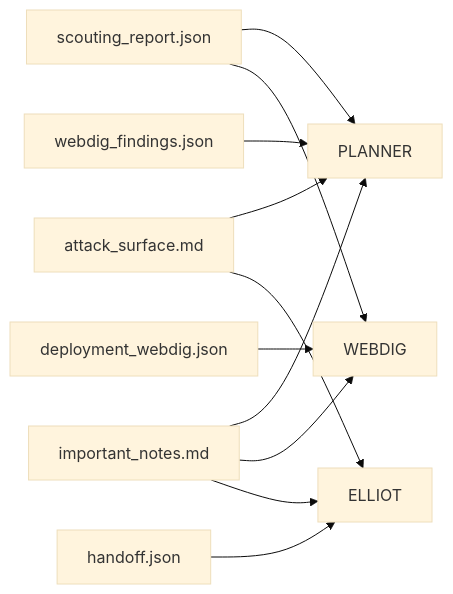
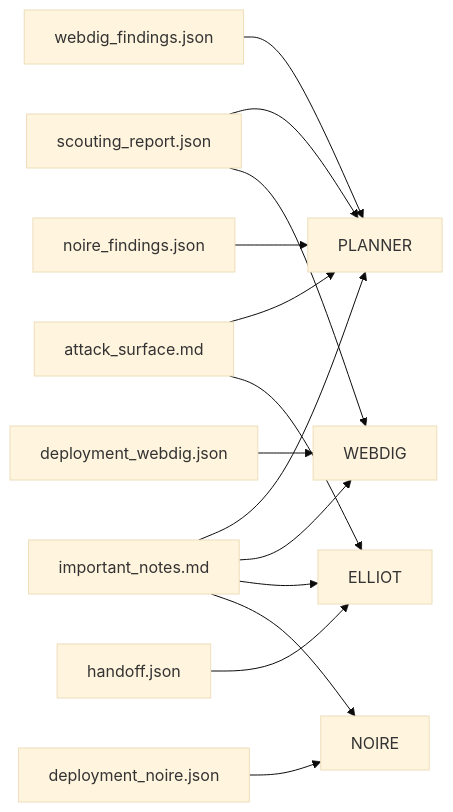
The sixth of 8 diagrams in docs/INFRA_WIREFRAME.md (K3m1st/IRONTHREAD), drawn with Mermaid (base theme) before and after one commit. The commit also changed other lines of this file and 24 other files, not shown here.

````diff
--- a/docs/INFRA_WIREFRAME.md
+++ b/docs/INFRA_WIREFRAME.md
@@ -157,13 +181,16 @@
 ```mermaid
 flowchart LR
     A["scouting_report.json"] --> B["PLANNER"]
     A --> C["WEBDIG"]
     D["attack_surface.md"] --> B
     D --> E["ELLIOT"]
     F["deployment_webdig.json"] --> C
     G["webdig_findings.json"] --> B
     H["handoff.json"] --> E
-    I["important_notes.md"] --> B
-    I --> C
-    I --> E
+    I["deployment_noire.json"] --> J["NOIRE"]
+    K["noire_findings.json"] --> B
+    L["important_notes.md"] --> B
+    L --> C
+    L --> E
+    L --> J
 ```
````
